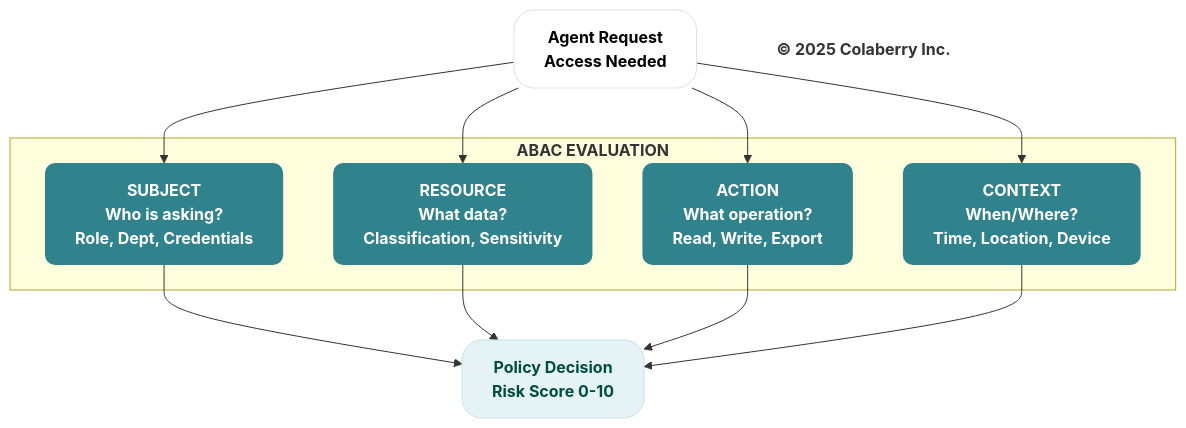
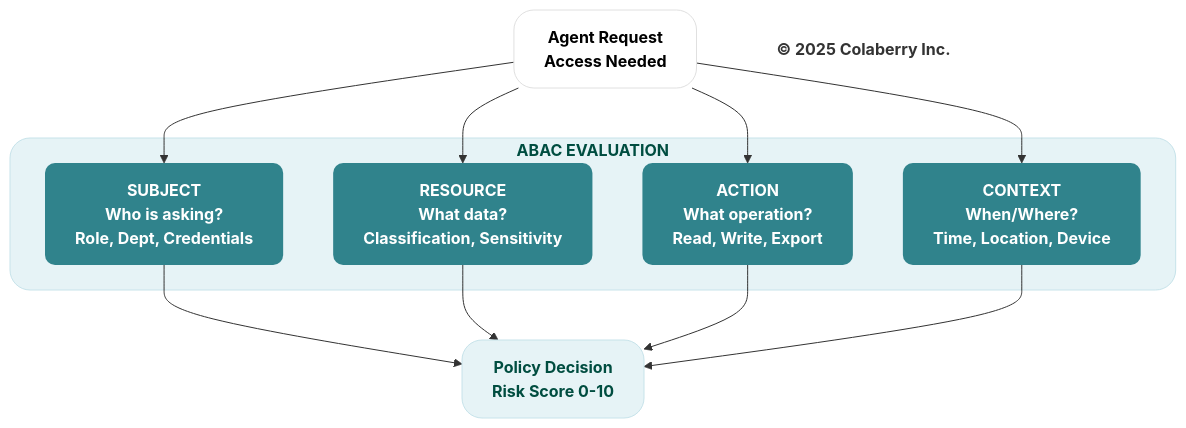
Before and after one commit to saitejesh-cyber/trust-before-intelligence-book: the fifth of 14 diagrams in manuscript/07_chapter_6_transparency_orchestration_layers.md, drawn with Mermaid. The commit also changed other lines of this file and 1 other file, not shown here.

Commit message:
fixes for few diagrams

````diff
--- a/manuscript/07_chapter_6_transparency_orchestration_layers.md
+++ b/manuscript/07_chapter_6_transparency_orchestration_layers.md
@@ -393,32 +396,33 @@
 ```mermaid
 graph TB
     Query["<b>Agent Request</b><br/><b>Access Needed</b>"]
     
-    subgraph "<b>ABAC EVALUATION</b>"
+    subgraph ABAC_EVAL["<b>ABAC EVALUATION</b>"]
         S["<b>SUBJECT</b><br/><b>Who is asking?</b><br/><b>Role, Dept, Credentials</b>"]
         R["<b>RESOURCE</b><br/><b>What data?</b><br/><b>Classification, Sensitivity</b>"]
         A["<b>ACTION</b><br/><b>What operation?</b><br/><b>Read, Write, Export</b>"]
         C["<b>CONTEXT</b><br/><b>When/Where?</b><br/><b>Time, Location, Device</b>"]
     end
     
     Policy["<b>Policy Decision</b><br/><b>Risk Score 0-10</b>"]
     
     Copyright["<b>© 2025 Colaberry Inc.</b>"]
     
     Query --> S
     Query --> R
     Query --> A
     Query --> C
     S --> Policy
     R --> Policy
     A --> Policy
     C --> Policy
     
     style Query fill:#ffffff,stroke:#e0e0e0,stroke-width:1px,color:#000000,rx:20,ry:20
     style S fill:#30838C,stroke:none,color:#ffffff,rx:10,ry:10
     style R fill:#30838C,stroke:none,color:#ffffff,rx:10,ry:10
     style A fill:#30838C,stroke:none,color:#ffffff,rx:10,ry:10
     style C fill:#30838C,stroke:none,color:#ffffff,rx:10,ry:10
     style Policy fill:#e6f3f6,stroke:#c7e3ea,stroke-width:1px,color:#004d40,rx:20,ry:20
+    style ABAC_EVAL fill:#e6f3f6,stroke:#c7e3ea,stroke-width:1px,color:#004d40,rx:20,ry:20
     style Copyright fill:none,stroke:none,color:#333333
 ```
````
